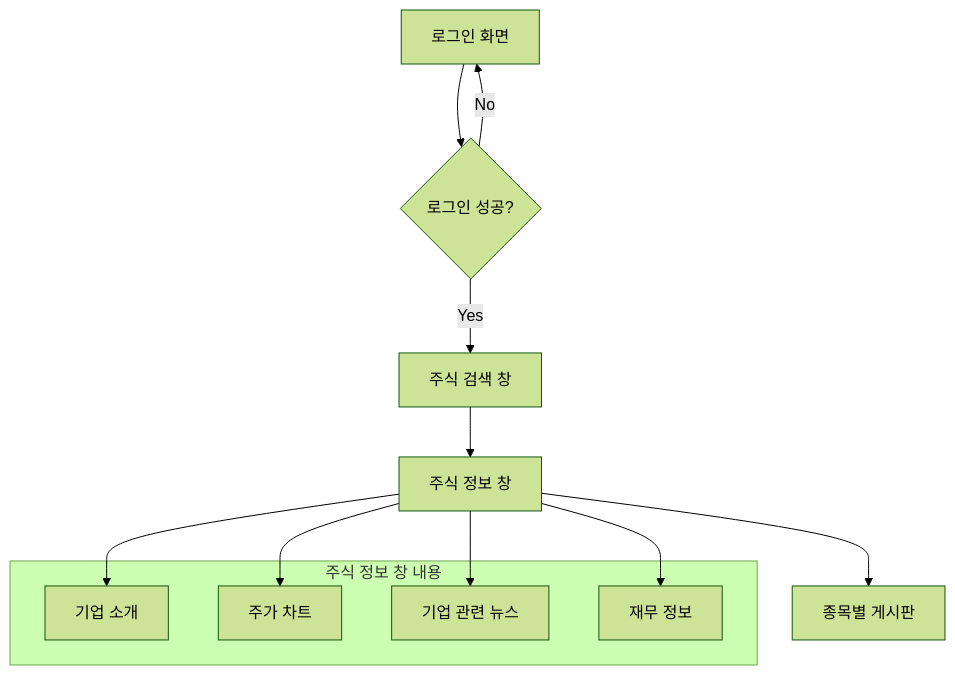
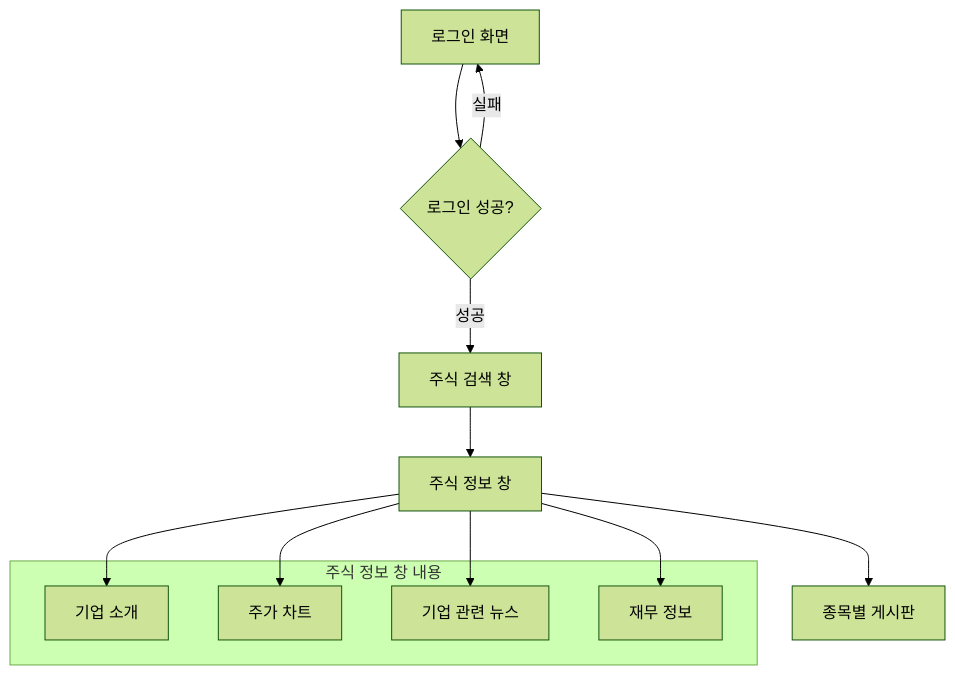
Before and after one commit to Donggyu-Kim1/stalk: the second of 3 diagrams in README.md, drawn with Mermaid (forest theme). The commit also changed 3 other files, not shown here.

````diff
--- a/README.md
+++ b/README.md
@@ -231,20 +231,20 @@
 ```mermaid
     graph TD
         A[로그인 화면] --> B{로그인 성공?}
-        B -->|Yes| C[주식 검색 창]
-        B -->|No| A
+        B -->|성공| C[주식 검색 창]
+        B -->|실패| A
         C --> D[주식 정보 창]
         D --> E[종목별 게시판]
         
         subgraph "주식 정보 창 내용"
             D1[기업 소개]
             D2[주가 차트]
             D3[기업 관련 뉴스]
             D4[재무 정보]
         end
         
         D --> D1
         D --> D2
         D --> D3
         D --> D4
 ```
````
